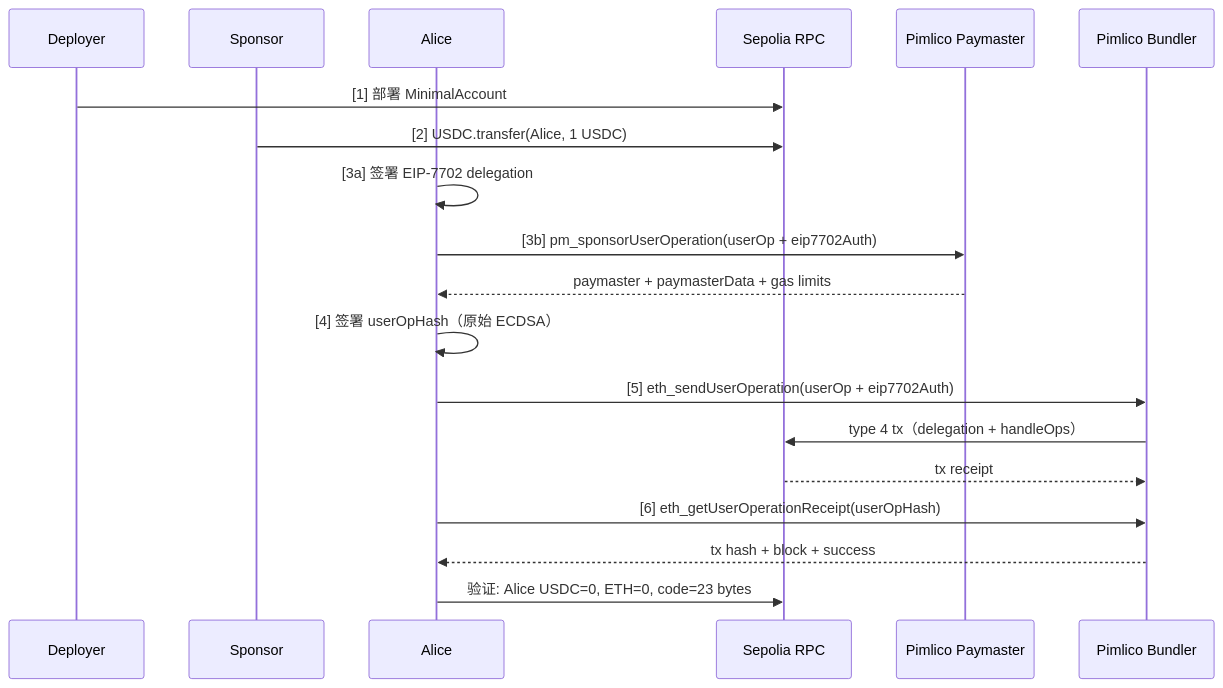
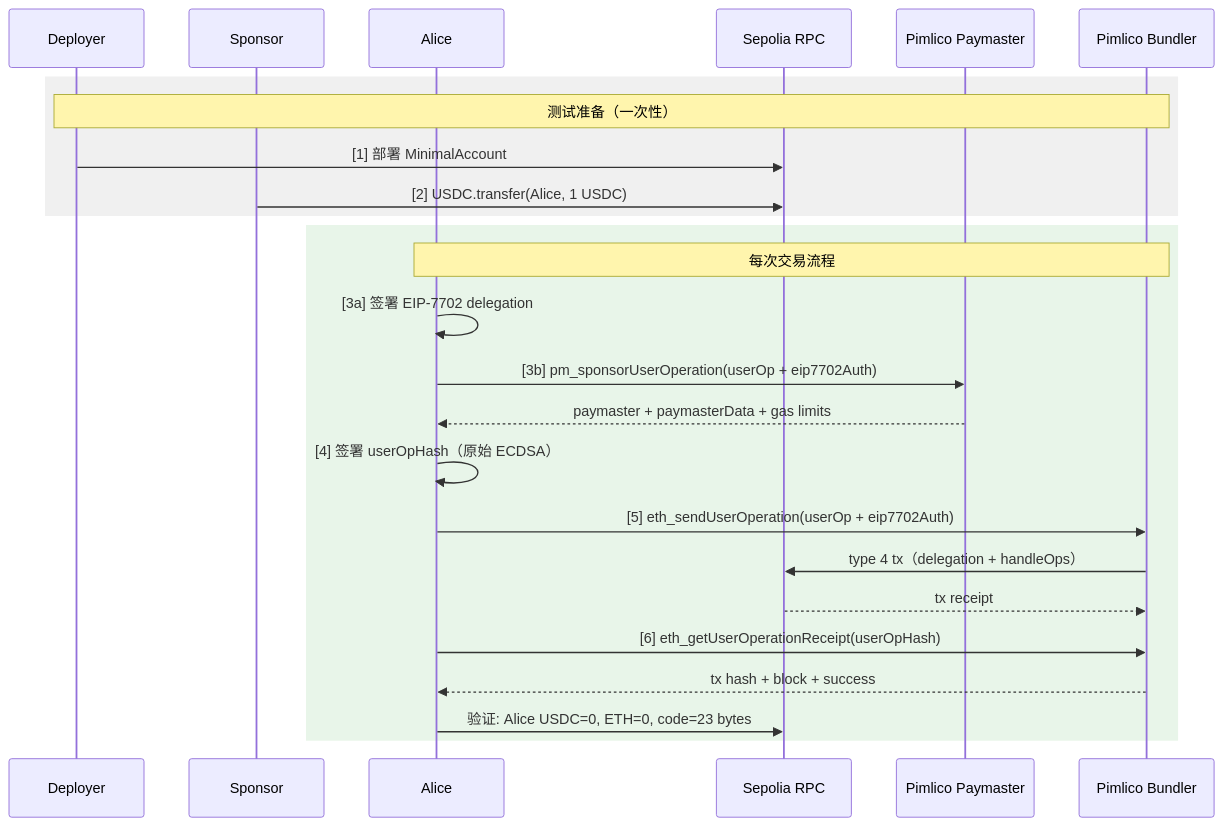
Before and after one commit to CoboTest/eip7702-minimal-account: the diagram in script/python/README_zh.md, drawn with Mermaid. The commit also changed 1 other file, not shown here.

Commit message:
docs: add rect groups to sequence diagram — setup vs per-tx flow

````diff
--- a/script/python/README_zh.md
+++ b/script/python/README_zh.md
@@ -134,26 +134,32 @@
 ```mermaid
 sequenceDiagram
     participant D as Deployer
     participant S as Sponsor
     participant A as Alice
     participant RPC as Sepolia RPC
     participant PM as Pimlico Paymaster
     participant B as Pimlico Bundler
 
+    rect rgb(240, 240, 240)
+    Note over D,B: 测试准备（一次性）
     D->>RPC: [1] 部署 MinimalAccount
     S->>RPC: [2] USDC.transfer(Alice, 1 USDC)
+    end
 
+    rect rgb(232, 245, 233)
+    Note over A,B: 每次交易流程
     A->>A: [3a] 签署 EIP-7702 delegation
     A->>PM: [3b] pm_sponsorUserOperation(userOp + eip7702Auth)
     PM-->>A: paymaster + paymasterData + gas limits
 
     A->>A: [4] 签署 userOpHash（原始 ECDSA）
 
     A->>B: [5] eth_sendUserOperation(userOp + eip7702Auth)
     B->>RPC: type 4 tx（delegation + handleOps）
     RPC-->>B: tx receipt
 
     A->>B: [6] eth_getUserOperationReceipt(userOpHash)
     B-->>A: tx hash + block + success
     A->>RPC: 验证: Alice USDC=0, ETH=0, code=23 bytes
+    end
 ```
````
